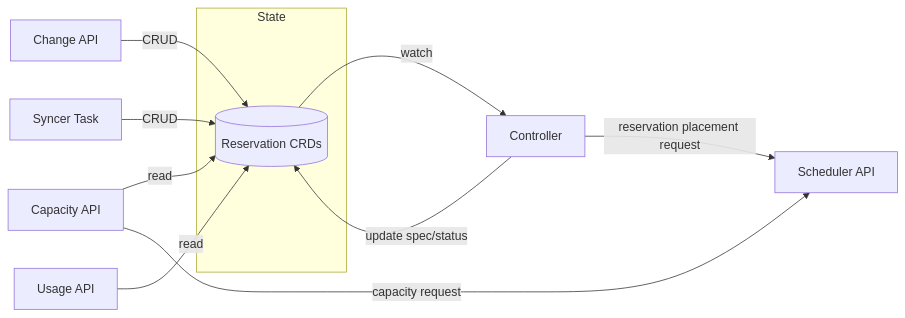
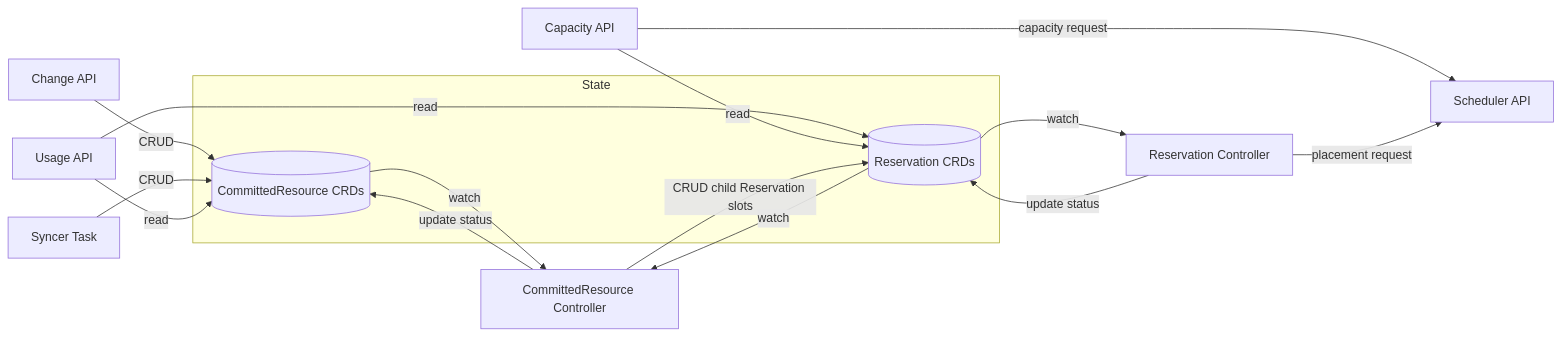
The first of 4 diagrams in docs/reservations/committed-resource-reservations.md (cobaltcore-dev/cortex), drawn with Mermaid before and after one commit. The commit also changed other lines of this file and 13 other files, not shown here.

First line of the commit message:
feat: CommittedResource CRD controller added (#765)

````diff
--- a/docs/reservations/committed-resource-reservations.md
+++ b/docs/reservations/committed-resource-reservations.md
@@ -47,22 +43,29 @@
 ```mermaid
 flowchart LR
     subgraph State
+        CR[(CommittedResource CRDs)]
         Res[(Reservation CRDs)]
     end
-    
+
     Syncer[Syncer Task]
     ChangeAPI[Change API]
     CapacityAPI[Capacity API]
-    Controller[Controller]
+    CRCtrl[CommittedResource Controller]
+    ResCtrl[Reservation Controller]
     UsageAPI[Usage API]
     Scheduler[Scheduler API]
-    
-    ChangeAPI -->|CRUD| Res
-    Syncer -->|CRUD| Res
+
+    ChangeAPI -->|CRUD| CR
+    Syncer -->|CRUD| CR
+    UsageAPI -->|read| CR
     UsageAPI -->|read| Res
     CapacityAPI -->|read| Res
     CapacityAPI -->|capacity request| Scheduler
-    Res -->|watch| Controller
-    Controller -->|update spec/status| Res
-    Controller -->|reservation placement request| Scheduler
+    CR -->|watch| CRCtrl
+    CRCtrl -->|CRUD child Reservation slots| Res
+    CRCtrl -->|update status| CR
+    Res -->|watch| CRCtrl
+    Res -->|watch| ResCtrl
+    ResCtrl -->|placement request| Scheduler
+    ResCtrl -->|update status| Res
 ```
````
